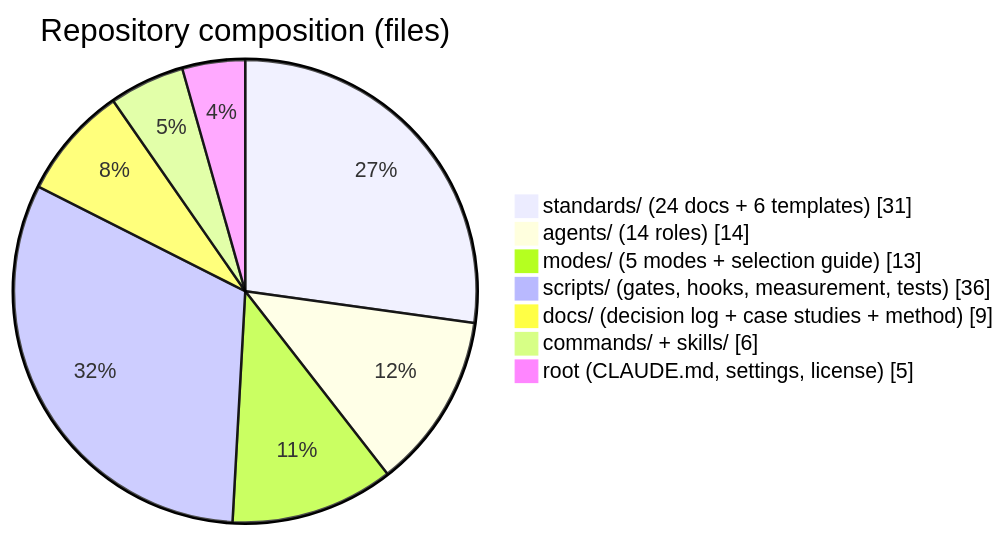
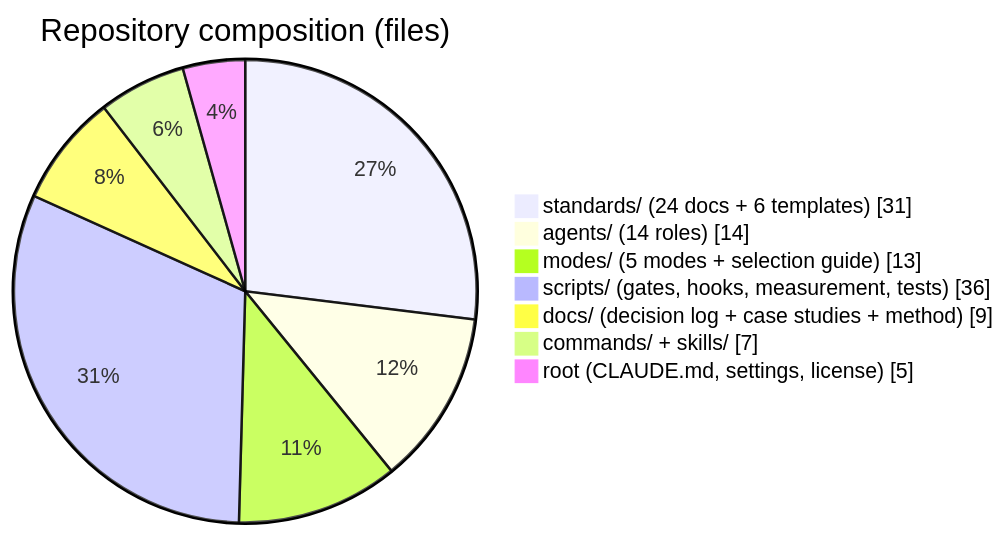
Before and after one commit to adyusuf/claude-code-standards: the second of 4 diagrams in README.md, drawn with Mermaid. The commit also changed other lines of this file and 20 other files, not shown here.

First line of the commit message:
feat(plugin): own skills and commands under one namespace, /adyusuf:<name> [T-16]

````diff
--- a/README.md
+++ b/README.md
@@ -211,10 +211,10 @@
 ```mermaid
 pie showData title Repository composition (files)
  "standards/ (24 docs + 6 templates)" : 31
  "agents/ (14 roles)" : 14
  "modes/ (5 modes + selection guide)" : 13
  "scripts/ (gates, hooks, measurement, tests)" : 36
  "docs/ (decision log + case studies + method)" : 9
- "commands/ + skills/" : 6
+ "commands/ + skills/" : 7
  "root (CLAUDE.md, settings, license)" : 5
 ```
````
